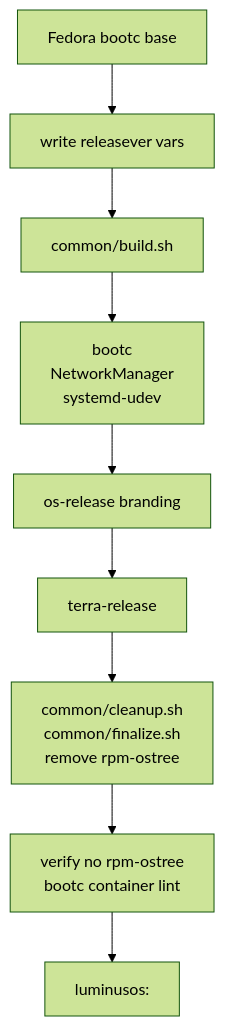
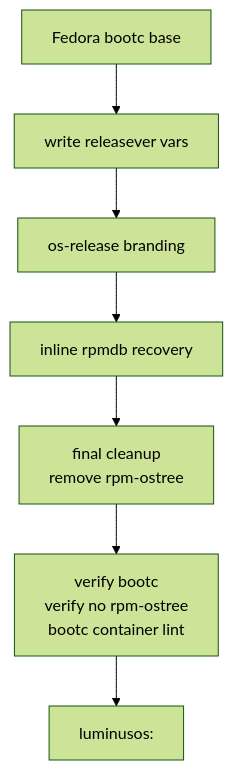
One commit to luminusOS/images changed the third of 15 diagrams in ARCHITECTURE.md. Above: the diagram before and after it, drawn with Mermaid (forest theme). The commit also changed other lines of this file and 34 other files, not shown here.

````diff
--- a/ARCHITECTURE.md
+++ b/ARCHITECTURE.md
@@ -162,14 +166,12 @@
 ```mermaid
 flowchart TD
     Fedora["Fedora bootc base"]
     Vars["write releasever vars"]
-    CommonBuild["common/build.sh"]
-    Packages["bootc<br/>NetworkManager<br/>systemd-udev"]
     Branding["os-release branding"]
-    Terra["terra-release"]
-    Cleanup["common/cleanup.sh<br/>common/finalize.sh<br/>remove rpm-ostree"]
-    Lint["verify no rpm-ostree<br/>bootc container lint"]
+    Rpmdb["inline rpmdb recovery"]
+    Cleanup["final cleanup<br/>remove rpm-ostree"]
+    Lint["verify bootc<br/>verify no rpm-ostree<br/>bootc container lint"]
     Output["luminusos:<tag>"]
 
-    Fedora --> Vars --> CommonBuild --> Packages --> Branding --> Terra --> Cleanup --> Lint --> Output
+    Fedora --> Vars --> Branding --> Rpmdb --> Cleanup --> Lint --> Output
 ```
````
